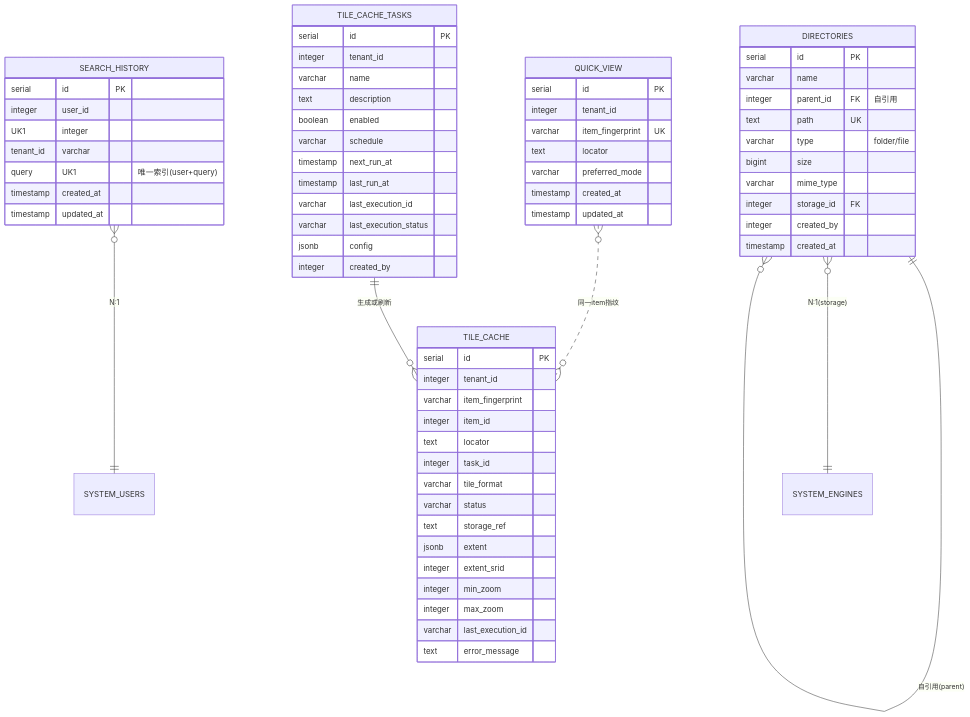
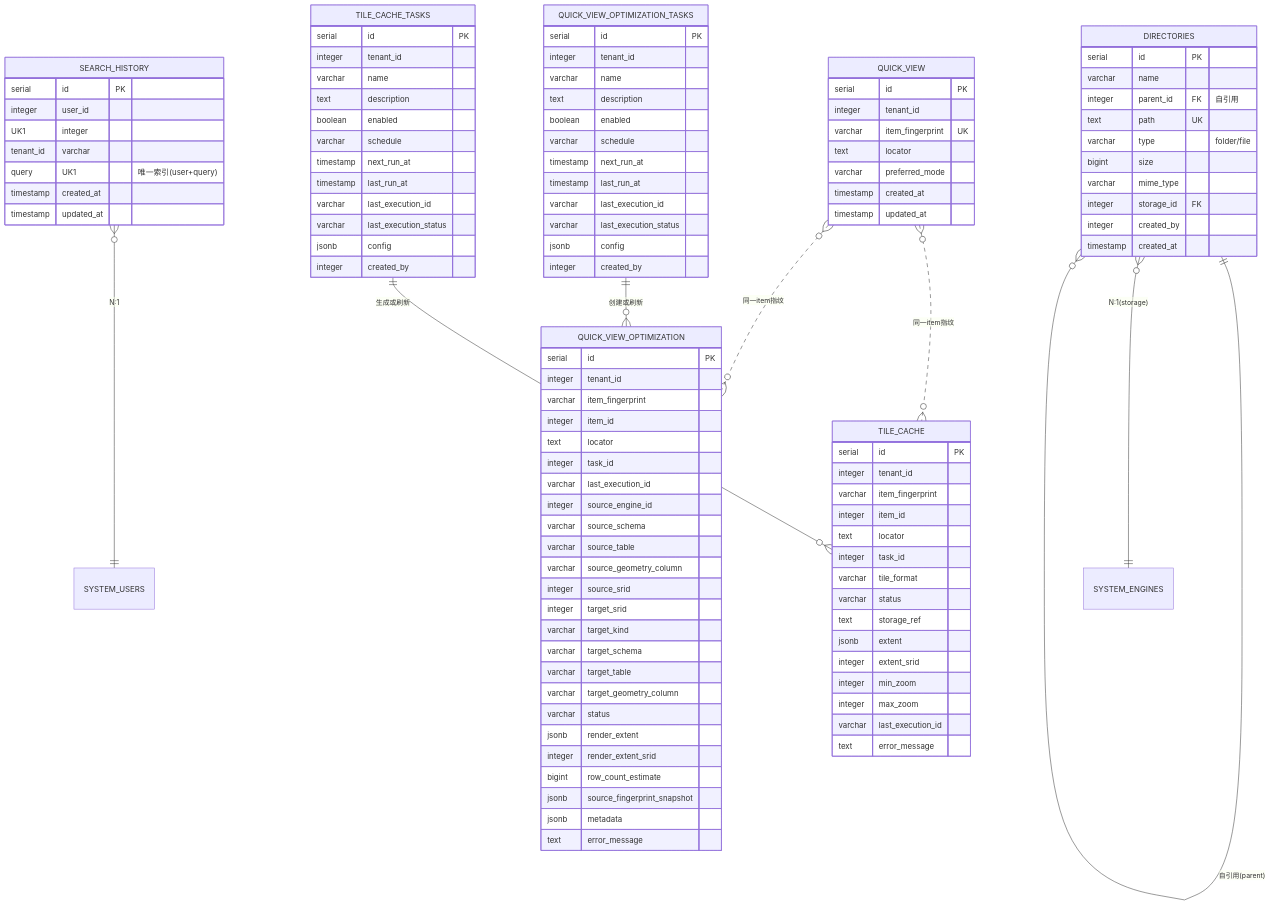
One commit to pampa0629/addp changed the diagram in manager/docs/数据库架构.md. Above: the diagram before and after it, drawn with Mermaid. The commit also changed other lines of this file and 35 other files, not shown here.

```diff
--- a/manager/docs/数据库架构.md
+++ b/manager/docs/数据库架构.md
@@ -36,6 +40,8 @@
     DIRECTORIES }o--|| SYSTEM_ENGINES : "N:1(storage)"
     SEARCH_HISTORY }o--|| SYSTEM_USERS : "N:1"
     QUICK_VIEW }o..o{ TILE_CACHE : "同一item指纹"
+    QUICK_VIEW }o..o{ QUICK_VIEW_OPTIMIZATION : "同一item指纹"
+    QUICK_VIEW_OPTIMIZATION_TASKS ||--o{ QUICK_VIEW_OPTIMIZATION : "创建或刷新"
     TILE_CACHE_TASKS ||--o{ TILE_CACHE : "生成或刷新"
     
     DIRECTORIES {
@@ -68,6 +74,48 @@
         varchar preferred_mode
         timestamp created_at
         timestamp updated_at
+    }
+
+    QUICK_VIEW_OPTIMIZATION {
+        serial id PK
+        integer tenant_id
+        varchar item_fingerprint
+        integer item_id
+        text locator
+        integer task_id
+        varchar last_execution_id
+        integer source_engine_id
+        varchar source_schema
+        varchar source_table
+        varchar source_geometry_column
+        integer source_srid
+        integer target_srid
+        varchar target_kind
+        varchar target_schema
+        varchar target_table
+        varchar target_geometry_column
+        varchar status
+        jsonb render_extent
+        integer render_extent_srid
+        bigint row_count_estimate
+        jsonb source_fingerprint_snapshot
+        jsonb metadata
+        text error_message
+    }
+
+    QUICK_VIEW_OPTIMIZATION_TASKS {
+        serial id PK
+        integer tenant_id
+        varchar name
+        text description
+        boolean enabled
+        varchar schedule
+        timestamp next_run_at
+        timestamp last_run_at
+        varchar last_execution_id
+        varchar last_execution_status
+        jsonb config
+        integer created_by
     }
 
     TILE_CACHE {
```
